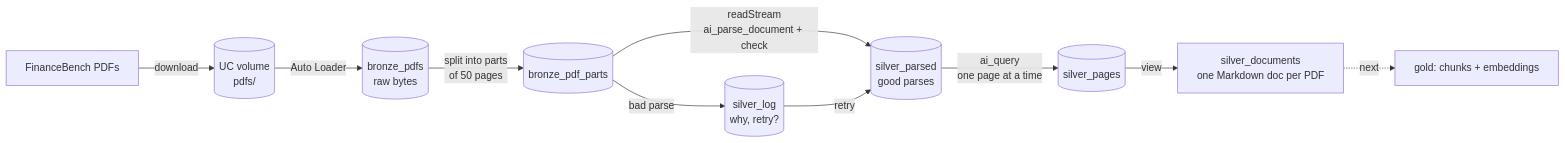
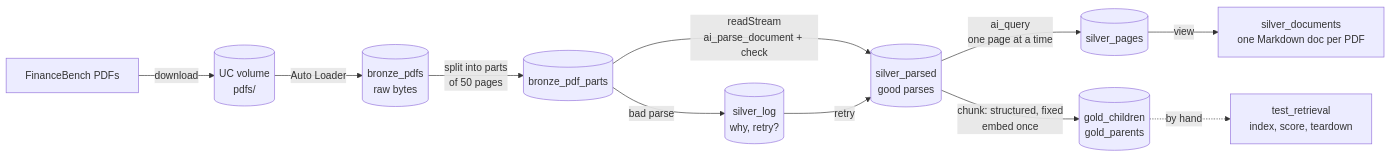
One commit to SuddhaswattaMaityUK/dbx-finance-bench-rag changed the first of 2 diagrams in README.md. Above: the diagram before and after it, drawn with Mermaid. The commit also changed other lines of this file and 19 other files, not shown here.

First line of the commit message:
Gold layer and retrieval test notebook

````diff
--- a/README.md
+++ b/README.md
@@ -9,12 +9,13 @@
 ```mermaid
 flowchart LR
     A[FinanceBench PDFs] -->|download| V[(UC volume<br/>pdfs/)]
     V -->|Auto Loader| B[(bronze_pdfs<br/>raw bytes)]
     B -->|"split into parts<br/>of 50 pages"| T[("bronze_pdf_parts")]
     T -->|"readStream<br/>ai_parse_document + check"| P[("silver_parsed<br/>good parses")]
     T -->|"bad parse"| L[("silver_log<br/>why, retry?")]
     L -->|"retry"| P
     P -->|"ai_query<br/>one page at a time"| PG[("silver_pages")]
     PG -->|view| D["silver_documents<br/>one Markdown doc per PDF"]
-    D -.->|next| G[gold: chunks + embeddings]
+    P -->|"chunk: structured, fixed<br/>embed once"| G[("gold_children<br/>gold_parents")]
+    G -.->|"by hand"| R["test_retrieval<br/>index, score, teardown"]
 ```
````
